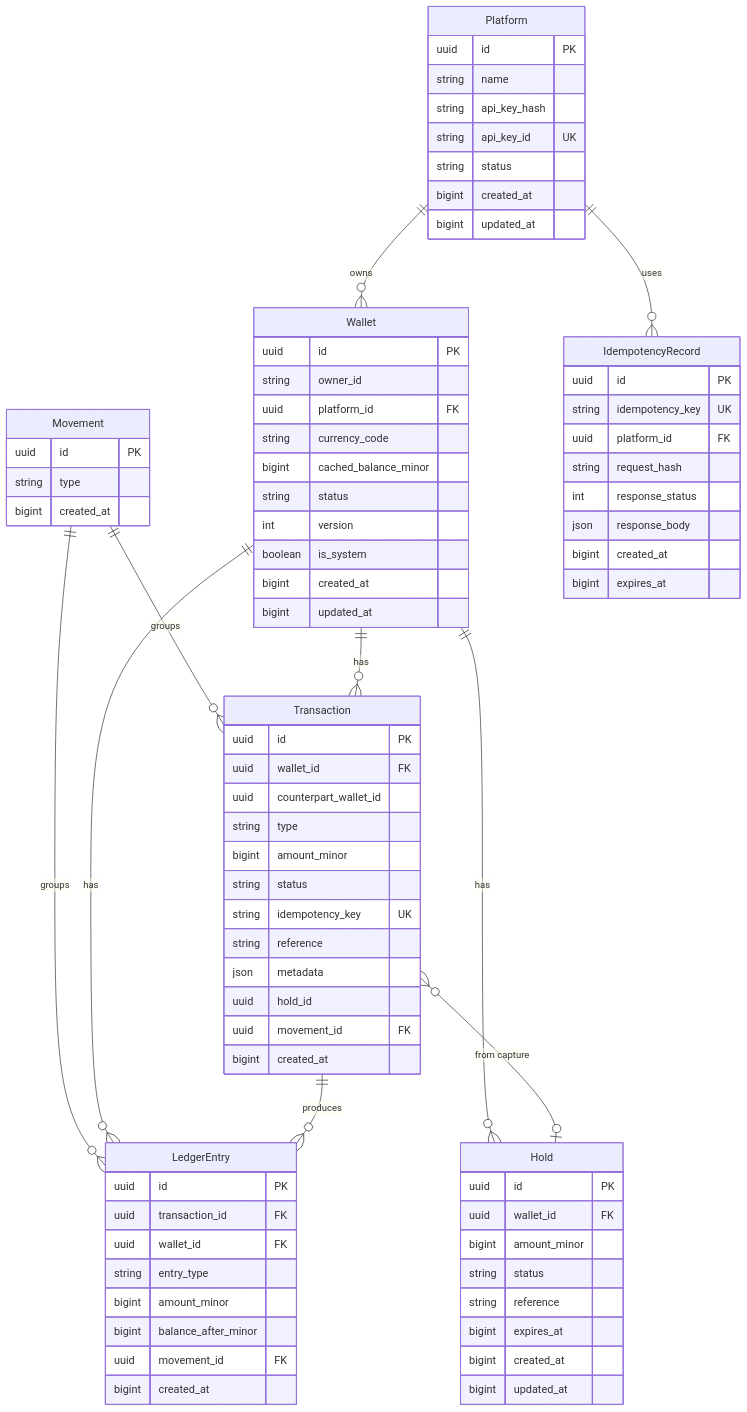
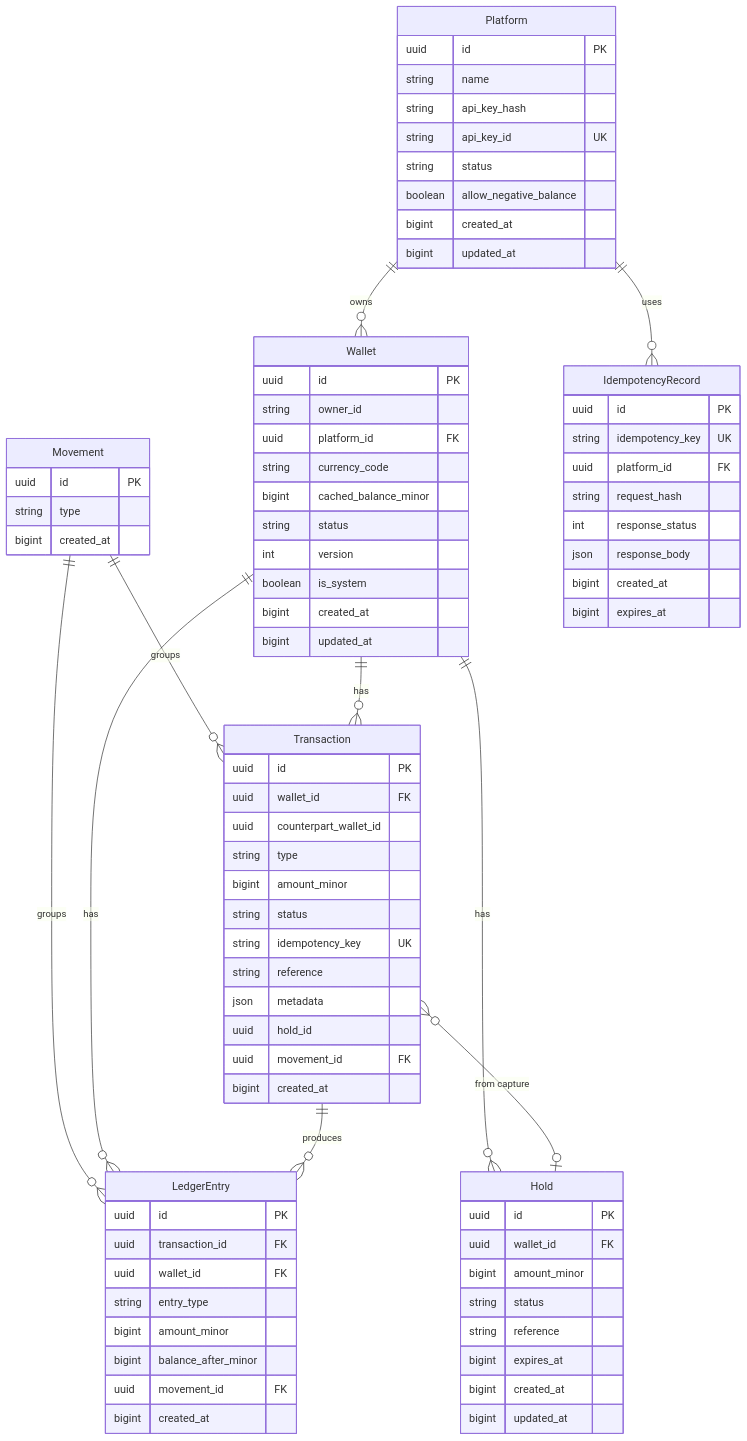
One commit to danielsamaniego/wallet changed the diagram in docs/datamodel.md. Above: the diagram before and after it, drawn with Mermaid. The commit also changed other lines of this file and 39 other files, not shown here.

First line of the commit message:
feat(platform): add allow_negative_balance per-platform flag

```diff
--- a/docs/datamodel.md
+++ b/docs/datamodel.md
@@ -30,6 +30,7 @@
         string api_key_hash
         string api_key_id UK
         string status
+        boolean allow_negative_balance
         bigint created_at
         bigint updated_at
     }
```
